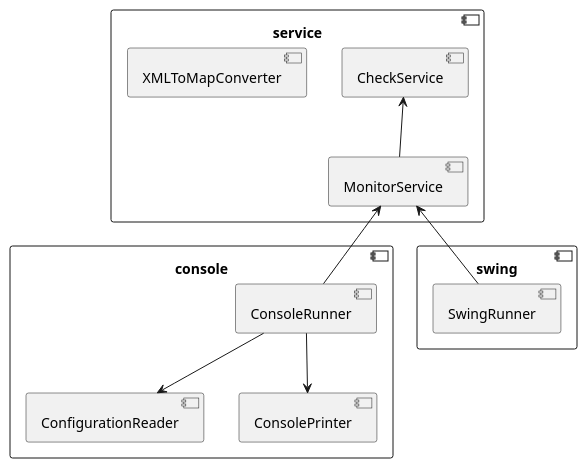
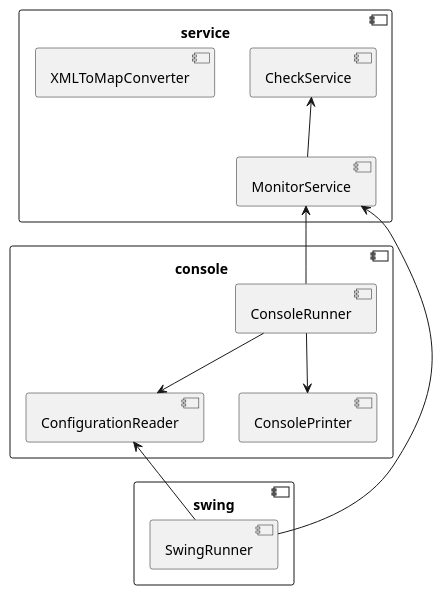
One commit to greifentor/service-monitor changed the diagram in documentation/components.plantuml. Above: the diagram before and after it, drawn with PlantUML. The commit also changed 10 other files, not shown here.

```diff
--- a/documentation/components.plantuml
+++ b/documentation/components.plantuml
@@ -1,37 +1,38 @@
 @startuml
 
 component service {
 
 	component CheckService
 	
 	component MonitorService
 	
 	component XMLToMapConverter
 	
 	MonitorService -UP-> CheckService
 
 }
 
 component console {
 
 	component ConsoleRunner
 	
 	component ConfigurationReader
 	
 	component ConsolePrinter
 	
 	ConsoleRunner --> ConfigurationReader
 	ConsoleRunner --> ConsolePrinter
 	ConsoleRunner -UP-> MonitorService
 
 }
 
 component swing {
 
 	component SwingRunner
 	
 	SwingRunner -UP-> MonitorService
+	SwingRunner -UP-> ConfigurationReader
 
 }
 
 @enduml
```
